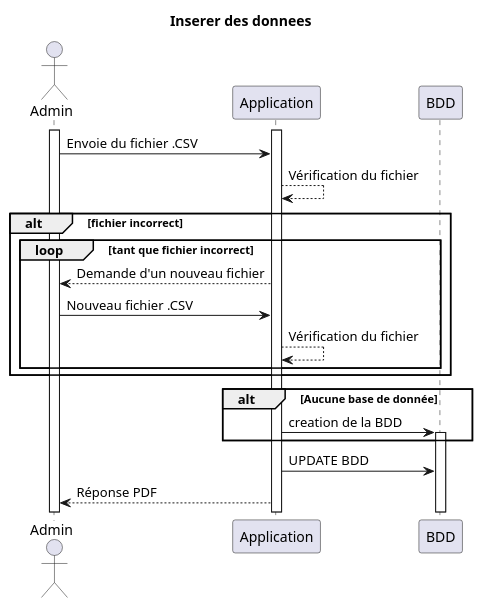
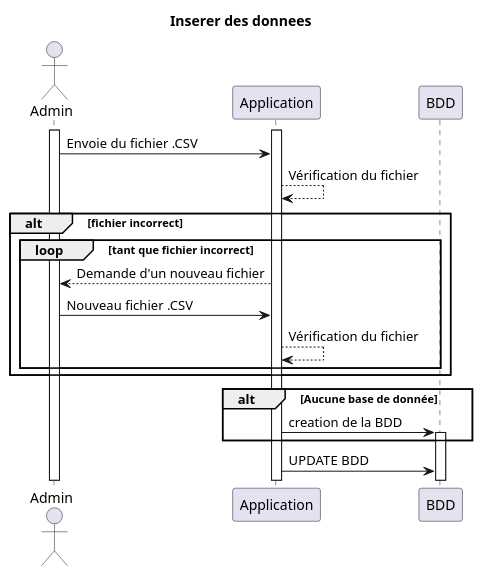
The diagram in Diagrammes/use_case_traitement_data.wsd (pandadorable/Trombinoscope), drawn with PlantUML before and after one commit. The commit also changed 2 other files, not shown here.

Commit message:
diagrammes : add api, fix composant, fix traitement

```diff
--- a/Diagrammes/use_case_traitement_data.wsd
+++ b/Diagrammes/use_case_traitement_data.wsd
@@ -1,31 +1,29 @@
 @startuml Inserer_donnees
 
 title Inserer des donnees
 actor "Admin" as Ad
 participant Application
 participant BDD
 
 activate Ad
 activate Application
 
 Ad -> Application : Envoie du fichier .CSV
 Application --> Application : Vérification du fichier
 alt fichier incorrect
 loop tant que fichier incorrect
 Ad <-- Application : Demande d'un nouveau fichier
 Ad -> Application : Nouveau fichier .CSV
 Application --> Application : Vérification du fichier
 end
 
 end
 
 
 alt Aucune base de donnée
 Application -> BDD : creation de la BDD
 activate BDD
 end
 
 Application -> BDD : UPDATE BDD
-
-Ad <-- Application : Réponse PDF
 @enduml
```
